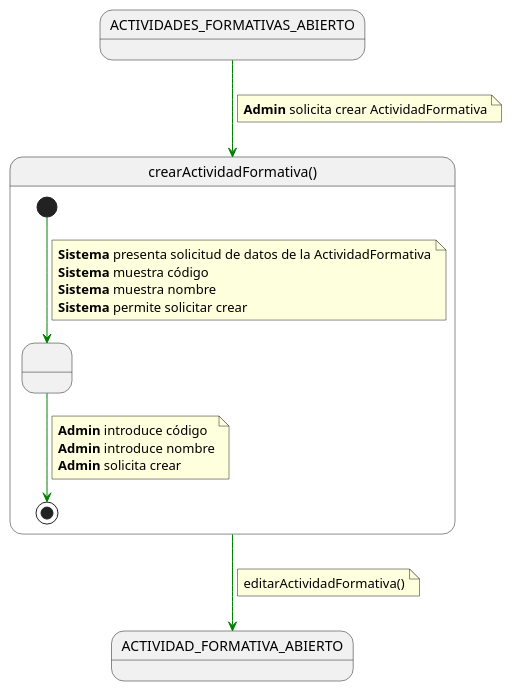
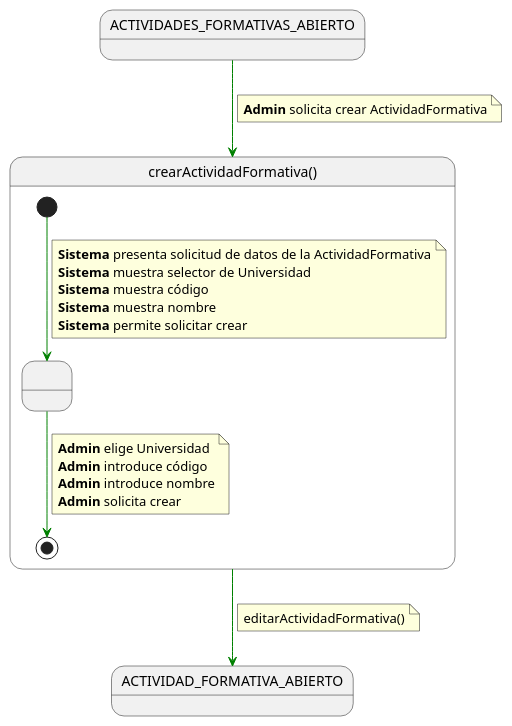
Before and after one commit to mmasias/pyCeldaPublico: the diagram in RUP/01-requisitos/03-detalle-casos-uso/crearActividadFormativa/especificacion.puml, drawn with PlantUML. The commit also changed 184 other files, not shown here.

```diff
--- a/RUP/01-requisitos/03-detalle-casos-uso/crearActividadFormativa/especificacion.puml
+++ b/RUP/01-requisitos/03-detalle-casos-uso/crearActividadFormativa/especificacion.puml
@@ -1,38 +1,40 @@
 @startuml crearActividadFormativa
 
 skinparam linetype polyline
 
 state ACTIVIDADES_FORMATIVAS_ABIERTO
 state ACTIVIDAD_FORMATIVA_ABIERTO
 
 ACTIVIDADES_FORMATIVAS_ABIERTO -[#green]-> crearActividadFormativa
 note on link
 <b>Admin</b> solicita crear ActividadFormativa
 end note
 
 state crearActividadFormativa as "crearActividadFormativa()" {
 
     state " " as SolicitandoDatos
 
     [*] -[#green]-> SolicitandoDatos
     note on link
     <b>Sistema</b> presenta solicitud de datos de la ActividadFormativa
+    <b>Sistema</b> muestra selector de Universidad
     <b>Sistema</b> muestra código
     <b>Sistema</b> muestra nombre
     <b>Sistema</b> permite solicitar crear
     end note
 
     SolicitandoDatos -[#green]-> [*]
     note on link
+    <b>Admin</b> elige Universidad
     <b>Admin</b> introduce código
     <b>Admin</b> introduce nombre
     <b>Admin</b> solicita crear
     end note
 }
 
 crearActividadFormativa -[#green]-> ACTIVIDAD_FORMATIVA_ABIERTO
 note on link
 editarActividadFormativa()
 end note
 
 @enduml
```
